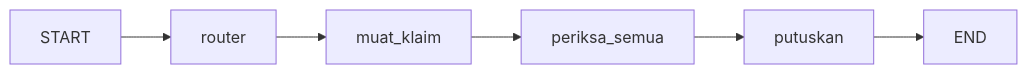
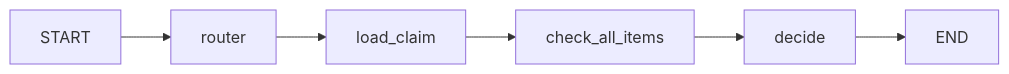
One commit to bilalbayasut/langgraph-klaim-lab changed the fourth of 13 diagrams in LAB.md. Above: the diagram before and after it, drawn with Mermaid. The commit also changed other lines of this file and 78 other files, not shown here.

````diff
--- a/LAB.md
+++ b/LAB.md
@@ -870,4 +872,4 @@
 ```mermaid
 flowchart LR
-  START --> router --> muat_klaim --> periksa_semua --> putuskan --> END
+  START --> router --> load_claim --> check_all_items --> decide --> END
 ```
````
